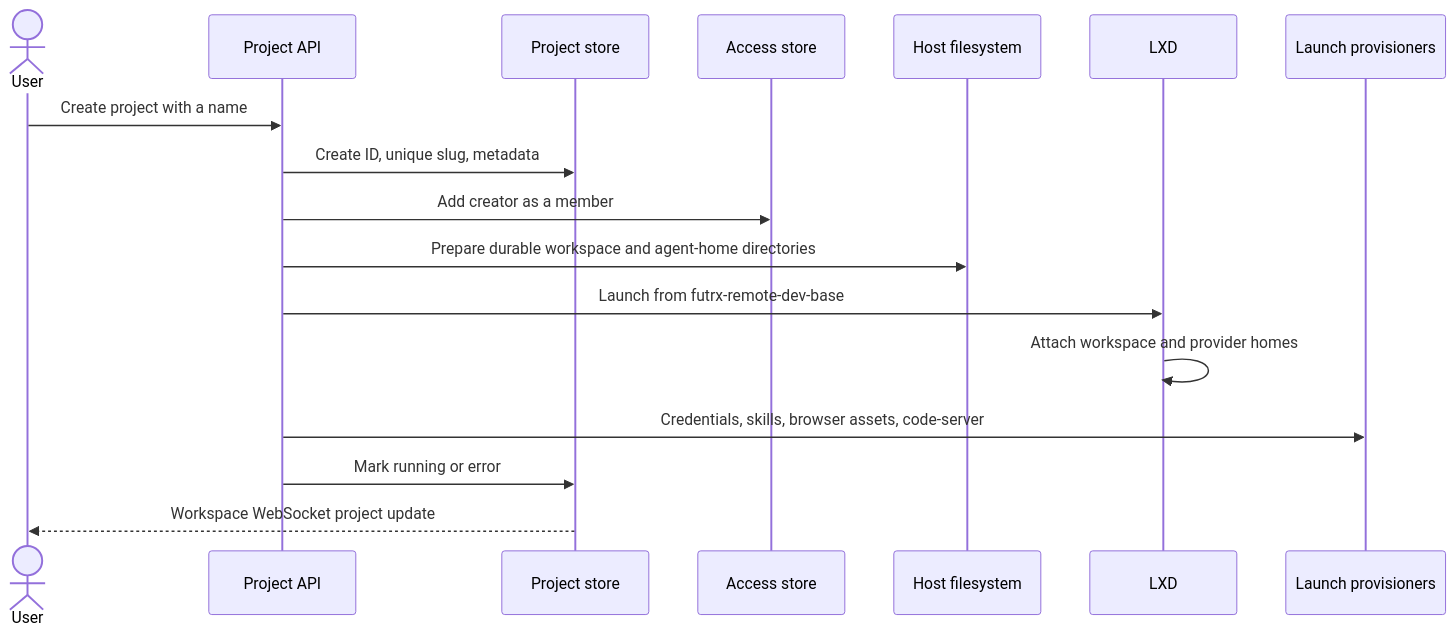
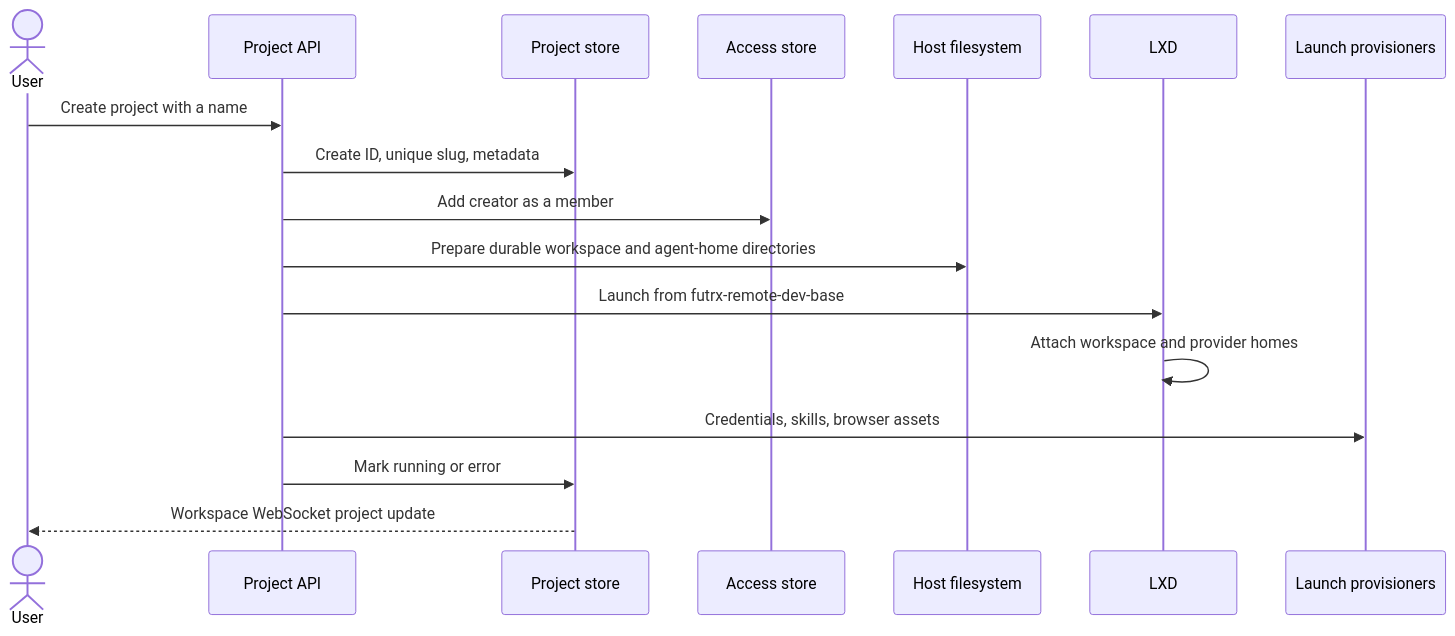
The first of 5 diagrams in docs/02-workspaces/03-projects-and-containers.md (Ahmedwaleed22/remote.futrx), drawn with Mermaid before and after one commit. The commit also changed other lines of this file and 51 other files, not shown here.

Commit message:
feat: make Code Server an optional project application

````diff
--- a/docs/02-workspaces/03-projects-and-containers.md
+++ b/docs/02-workspaces/03-projects-and-containers.md
@@ -10,20 +10,20 @@
 ```mermaid
 sequenceDiagram
     actor User
     participant API as Project API
     participant Store as Project store
     participant Access as Access store
     participant Files as Host filesystem
     participant LXD
     participant Provision as Launch provisioners
 
     User->>API: Create project with a name
     API->>Store: Create ID, unique slug, metadata
     API->>Access: Add creator as a member
     API->>Files: Prepare durable workspace and agent-home directories
     API->>LXD: Launch from futrx-remote-dev-base
     LXD->>LXD: Attach workspace and provider homes
-    API->>Provision: Credentials, skills, browser assets, code-server
+    API->>Provision: Credentials, skills, browser assets
     API->>Store: Mark running or error
     Store-->>User: Workspace WebSocket project update
 ```
````
